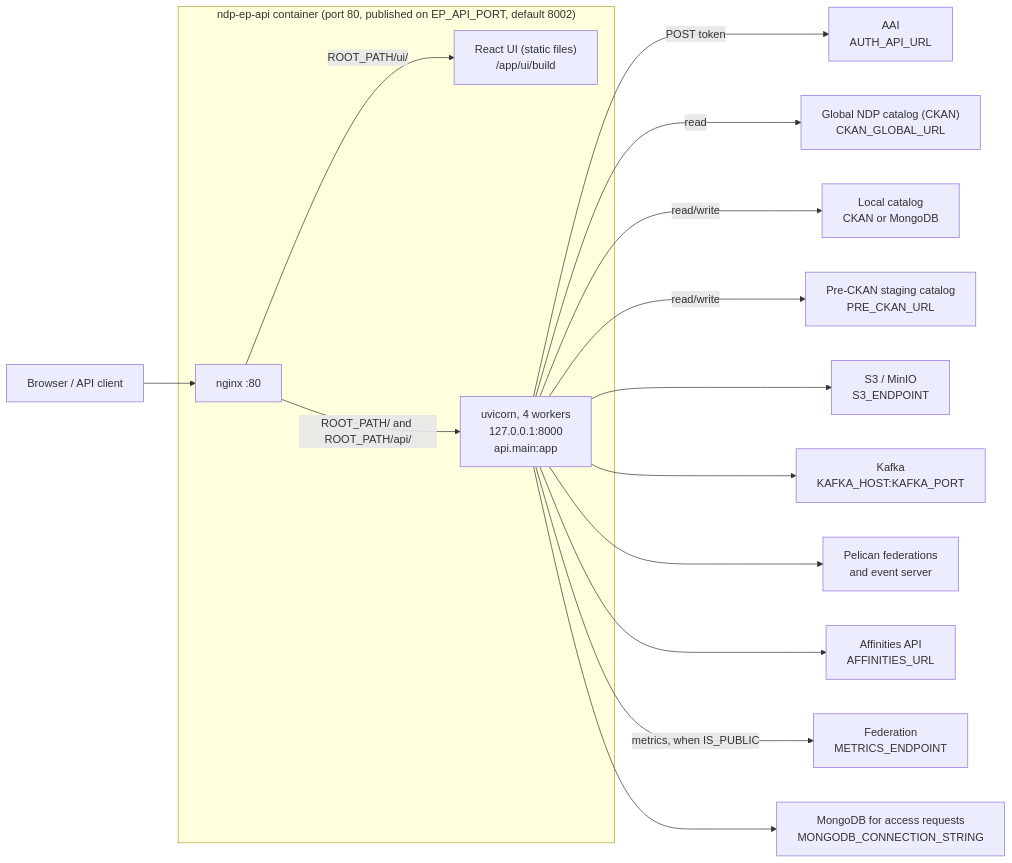
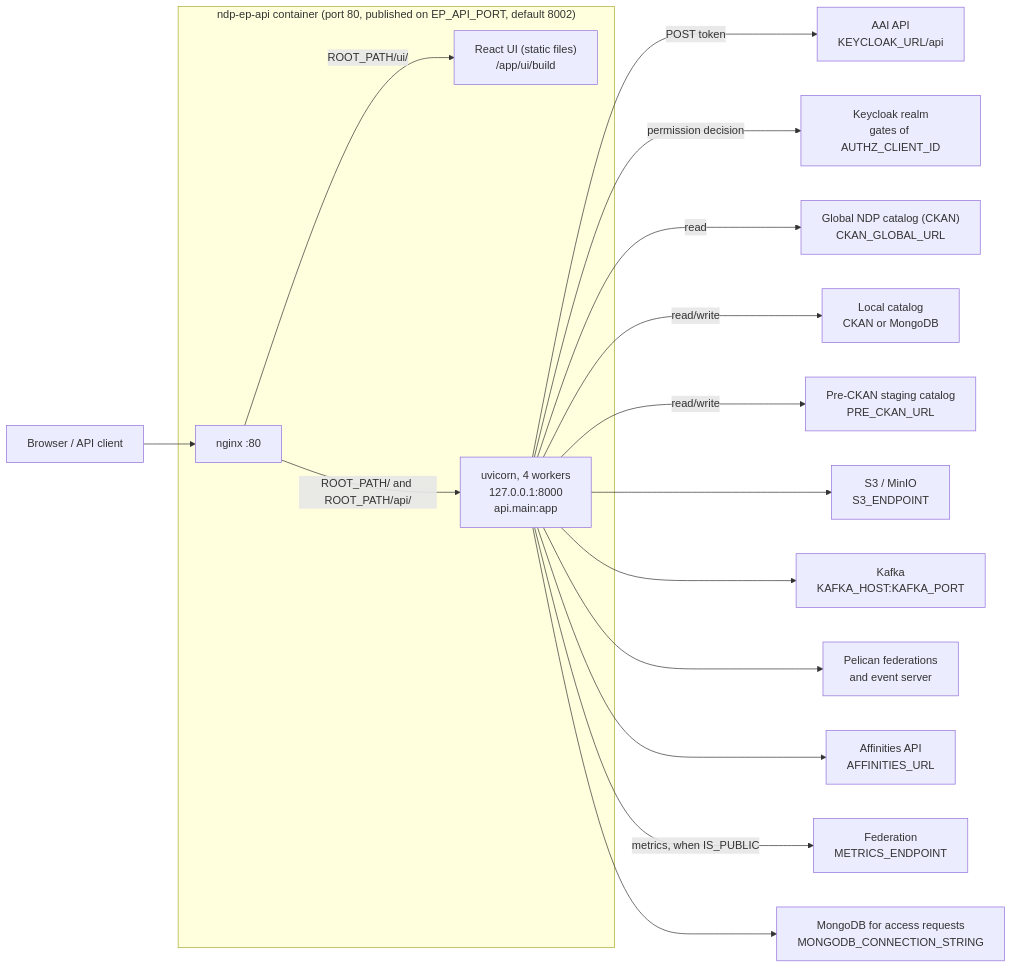
Before and after one commit to national-data-platform/ep-api: the first of 3 diagrams in docs/architecture/overview.md, drawn with Mermaid. The commit also changed other lines of this file and 25 other files, not shown here.

````diff
--- a/docs/architecture/overview.md
+++ b/docs/architecture/overview.md
@@ -34,25 +34,26 @@
 ```mermaid
 flowchart LR
     Browser["Browser / API client"]
 
     subgraph Container["ndp-ep-api container (port 80, published on EP_API_PORT, default 8002)"]
         Nginx["nginx :80"]
         UI["React UI (static files)<br/>/app/ui/build"]
         Uvicorn["uvicorn, 4 workers<br/>127.0.0.1:8000<br/>api.main:app"]
         Nginx -->|"ROOT_PATH/ui/"| UI
         Nginx -->|"ROOT_PATH/ and ROOT_PATH/api/"| Uvicorn
     end
 
     Browser --> Nginx
 
-    Uvicorn -->|"POST token"| AAI["AAI<br/>AUTH_API_URL"]
+    Uvicorn -->|"POST token"| AAI["AAI API<br/>KEYCLOAK_URL/api"]
+    Uvicorn -->|"permission decision"| Keycloak["Keycloak realm<br/>gates of AUTHZ_CLIENT_ID"]
     Uvicorn -->|read| Global["Global NDP catalog (CKAN)<br/>CKAN_GLOBAL_URL"]
     Uvicorn -->|read/write| Local["Local catalog<br/>CKAN or MongoDB"]
     Uvicorn -->|read/write| Pre["Pre-CKAN staging catalog<br/>PRE_CKAN_URL"]
     Uvicorn --> S3["S3 / MinIO<br/>S3_ENDPOINT"]
     Uvicorn --> Kafka["Kafka<br/>KAFKA_HOST:KAFKA_PORT"]
     Uvicorn --> Pelican["Pelican federations<br/>and event server"]
     Uvicorn --> Affinities["Affinities API<br/>AFFINITIES_URL"]
     Uvicorn -->|"metrics, when IS_PUBLIC"| Federation["Federation<br/>METRICS_ENDPOINT"]
     Uvicorn --> Mongo["MongoDB for access requests<br/>MONGODB_CONNECTION_STRING"]
 ```
````
